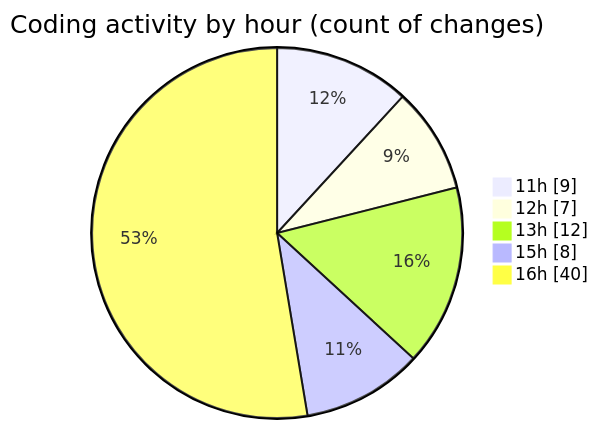
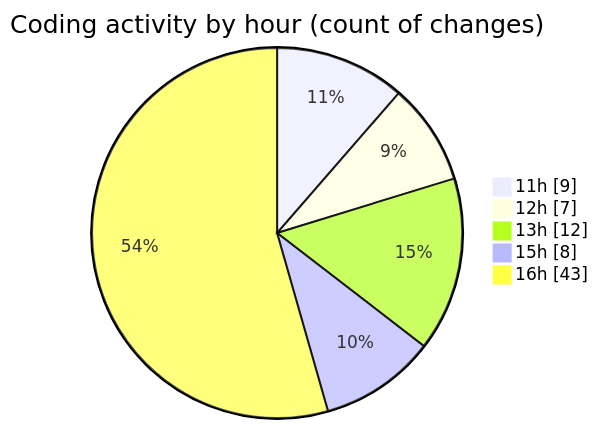
The second of 2 diagrams in 2025-08-07/ribbon/README.md (EIIisD/code-tracking), drawn with Mermaid before and after one commit. The commit also changed other lines of this file and 1 other file, not shown here.

````diff
--- a/2025-08-07/ribbon/README.md
+++ b/2025-08-07/ribbon/README.md
@@ -48,9 +48,9 @@
 ```mermaid
 pie showData
 title Coding activity by hour (count of changes)
 "11h" : 9
 "12h" : 7
 "13h" : 12
 "15h" : 8
-"16h" : 40
+"16h" : 43
 ```
````
